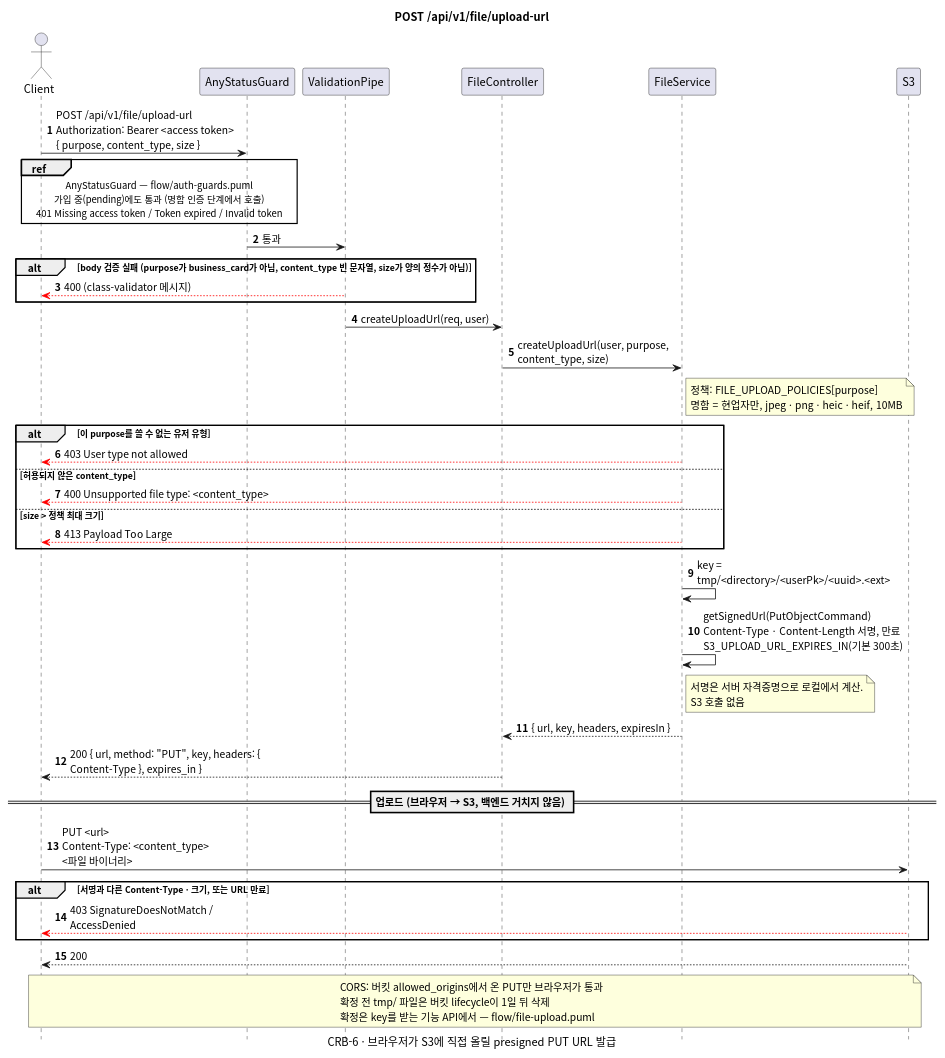
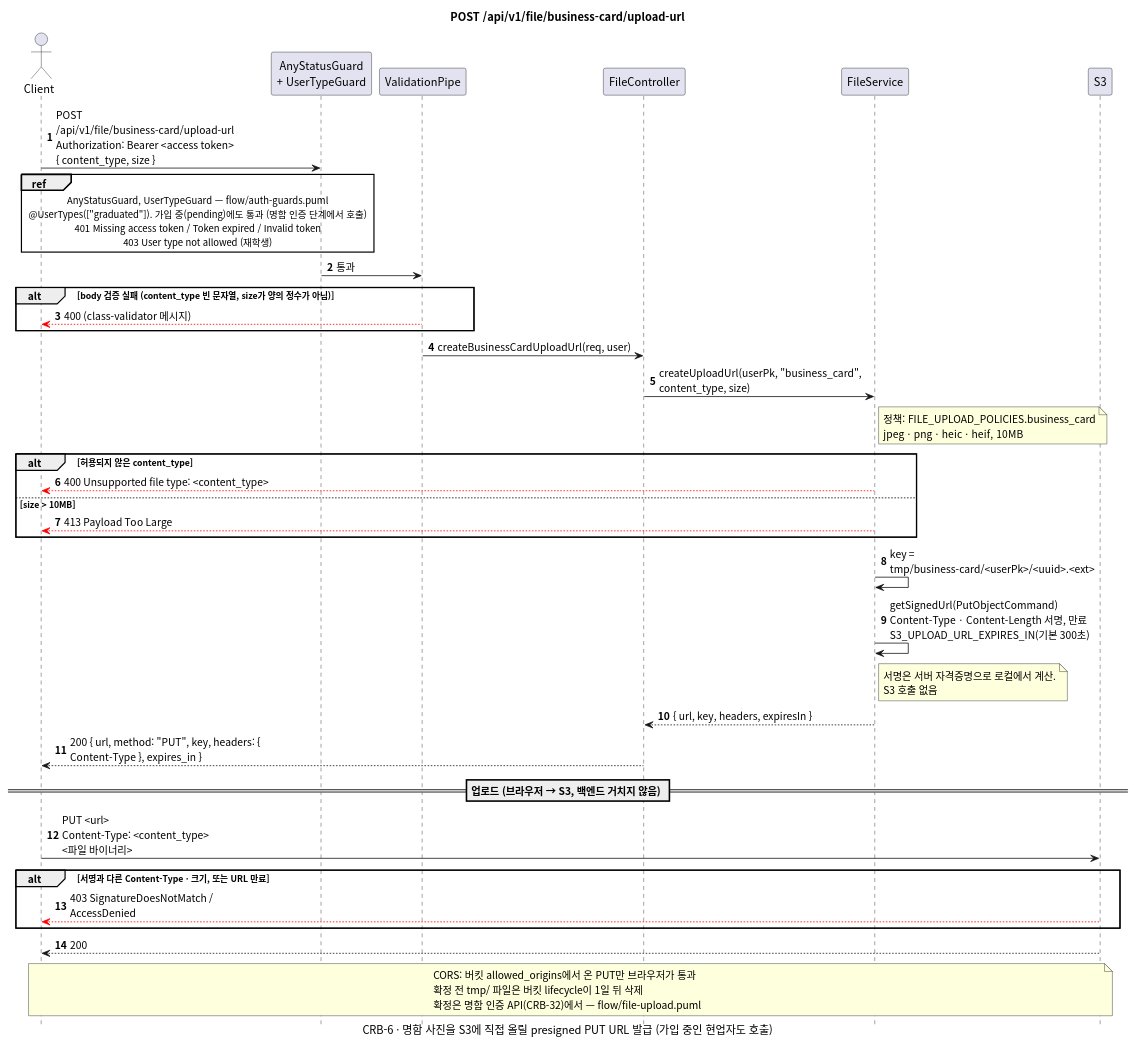
The diagram in docs/sequence/file/post-business-card-upload-url.puml (gsainfoteam/cheers-be), drawn with PlantUML before and after one commit. The commit also changed 3 other files, not shown here.

Commit message:
- docs: split upload URL sequence diagrams by route

```diff
--- a/docs/sequence/file/post-business-card-upload-url.puml
+++ b/docs/sequence/file/post-business-card-upload-url.puml
@@ -1,65 +1,64 @@
-@startuml post-upload-url
+@startuml post-business-card-upload-url
 skinparam defaultFontName "Apple SD Gothic Neo", "Noto Sans CJK KR", sans-serif
 skinparam responseMessageBelowArrow true
 skinparam sequenceMessageAlign left
 skinparam maxMessageSize 260
 skinparam BoxPadding 8
 skinparam shadowing false
 autonumber
 hide footbox
 
-title POST /api/v1/file/upload-url
-caption CRB-6 · 브라우저가 S3에 직접 올릴 presigned PUT URL 발급
+title POST /api/v1/file/business-card/upload-url
+caption CRB-6 · 명함 사진을 S3에 직접 올릴 presigned PUT URL 발급 (가입 중인 현업자도 호출)
 
 actor Client
-participant "AnyStatusGuard" as Guard
+participant "AnyStatusGuard\n+ UserTypeGuard" as Guard
 participant "ValidationPipe" as Pipe
 participant "FileController" as Controller
 participant "FileService" as Service
 participant "S3"
 
-Client -> Guard: POST /api/v1/file/upload-url\nAuthorization: Bearer <access token>\n{ purpose, content_type, size }
+Client -> Guard: POST /api/v1/file/business-card/upload-url\nAuthorization: Bearer <access token>\n{ content_type, size }
 ref over Client, Guard
-  AnyStatusGuard — flow/auth-guards.puml
-  가입 중(pending)에도 통과 (명함 인증 단계에서 호출)
+  AnyStatusGuard, UserTypeGuard — flow/auth-guards.puml
+  @UserTypes(["graduated"]). 가입 중(pending)에도 통과 (명함 인증 단계에서 호출)
   401 Missing access token / Token expired / Invalid token
+  403 User type not allowed (재학생)
 end ref
 Guard -> Pipe: 통과
-alt body 검증 실패 (purpose가 business_card가 아님, content_type 빈 문자열, size가 양의 정수가 아님)
+alt body 검증 실패 (content_type 빈 문자열, size가 양의 정수가 아님)
   Pipe -[#red]-> Client: 400 (class-validator 메시지)
 end
-Pipe -> Controller: createUploadUrl(req, user)
-Controller -> Service: createUploadUrl(user, purpose, content_type, size)
-note right of Service: 정책: FILE_UPLOAD_POLICIES[purpose]\n명함 = 현업자만, jpeg · png · heic · heif, 10MB
+Pipe -> Controller: createBusinessCardUploadUrl(req, user)
+Controller -> Service: createUploadUrl(userPk, "business_card", content_type, size)
+note right of Service: 정책: FILE_UPLOAD_POLICIES.business_card\njpeg · png · heic · heif, 10MB
 
-alt 이 purpose를 쓸 수 없는 유저 유형
-  Service -[#red]-> Client: 403 User type not allowed
-else 허용되지 않은 content_type
+alt 허용되지 않은 content_type
   Service -[#red]-> Client: 400 Unsupported file type: <content_type>
-else size > 정책 최대 크기
+else size > 10MB
   Service -[#red]-> Client: 413 Payload Too Large
 end
 
-Service -> Service: key = tmp/<directory>/<userPk>/<uuid>.<ext>
+Service -> Service: key = tmp/business-card/<userPk>/<uuid>.<ext>
 Service -> Service: getSignedUrl(PutObjectCommand)\nContent-Type · Content-Length 서명, 만료 S3_UPLOAD_URL_EXPIRES_IN(기본 300초)
 note right of Service
   서명은 서버 자격증명으로 로컬에서 계산.
   S3 호출 없음
 end note
 Service --> Controller: { url, key, headers, expiresIn }
 Controller --> Client: 200 { url, method: "PUT", key, headers: { Content-Type }, expires_in }
 
 == 업로드 (브라우저 → S3, 백엔드 거치지 않음) ==
 
 Client -> S3: PUT <url>\nContent-Type: <content_type>\n<파일 바이너리>
 alt 서명과 다른 Content-Type · 크기, 또는 URL 만료
   S3 -[#red]-> Client: 403 SignatureDoesNotMatch / AccessDenied
 end
 S3 --> Client: 200
 note over Client, S3
   CORS: 버킷 allowed_origins에서 온 PUT만 브라우저가 통과
   확정 전 tmp/ 파일은 버킷 lifecycle이 1일 뒤 삭제
-  확정은 key를 받는 기능 API에서 — flow/file-upload.puml
+  확정은 명함 인증 API(CRB-32)에서 — flow/file-upload.puml
 end note
 
 @enduml
```
